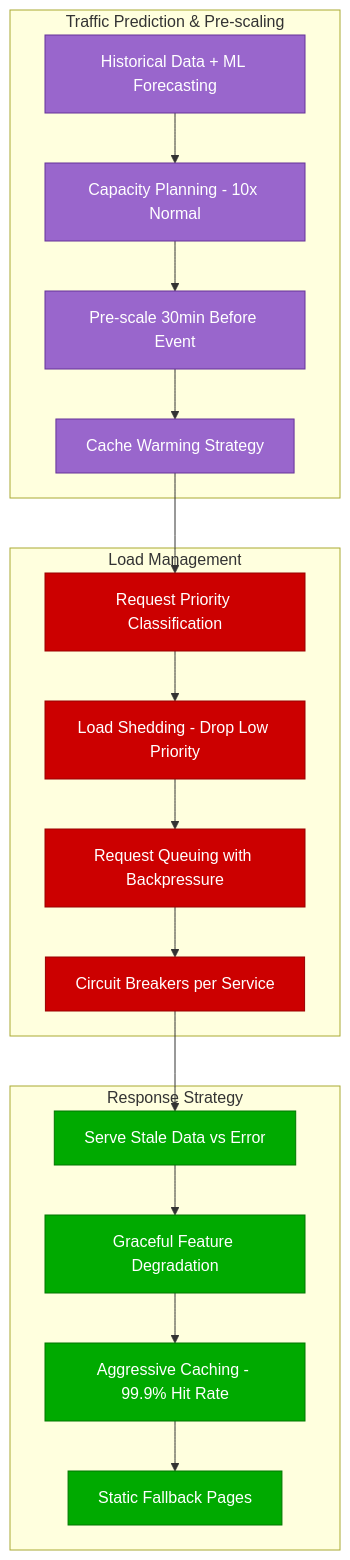
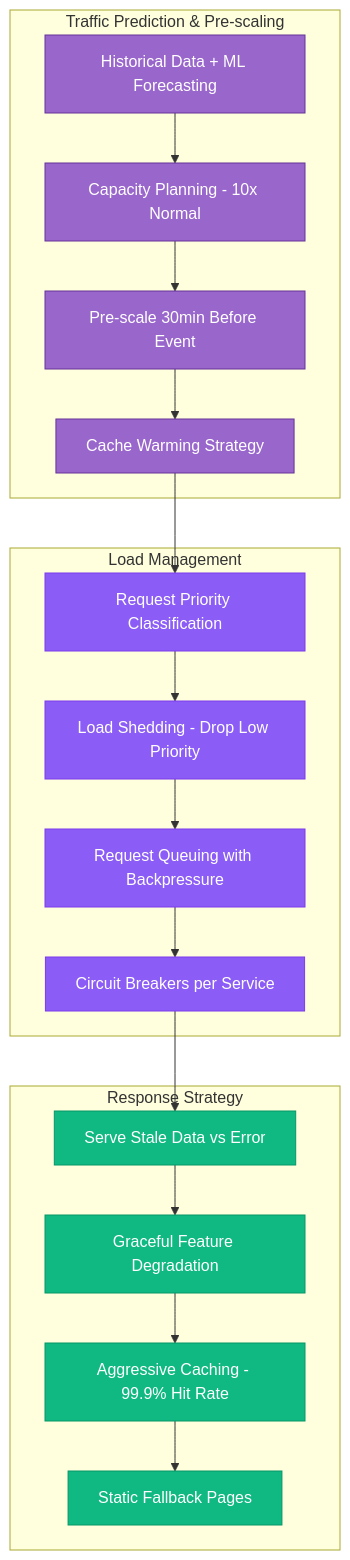
The ninth of 16 diagrams in site/docs/examples/case-studies.md (deepaucksharma/DS), drawn with Mermaid before and after one commit. The commit also changed other lines of this file and 303 other files, not shown here.

````diff
--- a/site/docs/examples/case-studies.md
+++ b/site/docs/examples/case-studies.md
@@ -458,45 +458,45 @@
 ```mermaid
 graph TB
     subgraph TrafficPrediction[Traffic Prediction & Pre-scaling]
         FORECAST[Historical Data + ML Forecasting]
         CAPACITY[Capacity Planning - 10x Normal]
         PRESCALE[Pre-scale 30min Before Event]
         WARMUP[Cache Warming Strategy]
     end
 
     subgraph LoadManagement[Load Management]
         PRIORITY[Request Priority Classification]
         SHED[Load Shedding - Drop Low Priority]
         QUEUE[Request Queuing with Backpressure]
         CIRCUIT[Circuit Breakers per Service]
     end
 
     subgraph ResponseStrategy[Response Strategy]
         STALE[Serve Stale Data vs Error]
         DEGRADE[Graceful Feature Degradation]
         CACHE[Aggressive Caching - 99.9% Hit Rate]
         STATIC[Static Fallback Pages]
     end
 
     FORECAST --> CAPACITY
     CAPACITY --> PRESCALE
     PRESCALE --> WARMUP
 
     WARMUP --> PRIORITY
     PRIORITY --> SHED
     SHED --> QUEUE
     QUEUE --> CIRCUIT
 
     CIRCUIT --> STALE
     STALE --> DEGRADE
     DEGRADE --> CACHE
     CACHE --> STATIC
 
     classDef predictionStyle fill:#9966CC,stroke:#663399,color:#fff
-    classDef loadStyle fill:#CC0000,stroke:#990000,color:#fff
-    classDef responseStyle fill:#00AA00,stroke:#007700,color:#fff
+    classDef loadStyle fill:#8B5CF6,stroke:#7C3AED,color:#fff
+    classDef responseStyle fill:#10B981,stroke:#059669,color:#fff
 
     class FORECAST,CAPACITY,PRESCALE,WARMUP predictionStyle
     class PRIORITY,SHED,QUEUE,CIRCUIT loadStyle
     class STALE,DEGRADE,CACHE,STATIC responseStyle
 ```
````
